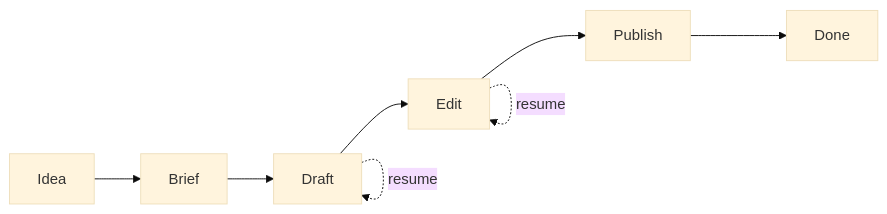
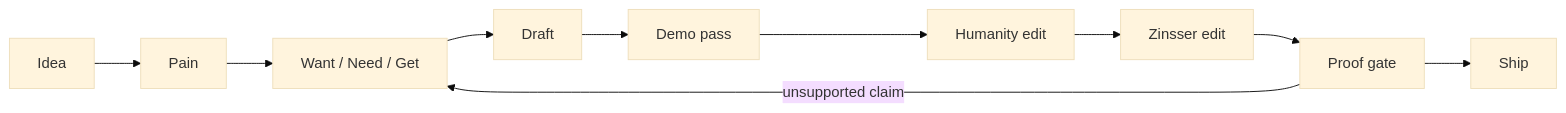
One commit to tarscasechan/openclaw changed the diagram in _posts/2026-04-30-what-i-learned-breaking-the-writing-workflow.md. Above: the diagram before and after it, drawn with Mermaid (base theme). The commit also changed other lines of this file and 1 other file, not shown here.

First line of the commit message:
publish: add agent writing workflow posts

````diff
--- a/_posts/2026-04-30-what-i-learned-breaking-the-writing-workflow.md
+++ b/_posts/2026-04-30-what-i-learned-breaking-the-writing-workflow.md
@@ -49,10 +66,12 @@
 ```mermaid
 flowchart LR
-  A[Idea] --> B[Brief]
-  B --> C[Draft]
-  C --> D[Edit]
-  D --> E[Publish]
-  E --> F[Done]
-  C -. resume .-> C
-  D -. resume .-> D
+  A[Idea] --> B[Pain]
+  B --> C[Want / Need / Get]
+  C --> D[Draft]
+  D --> E[Demo pass]
+  E --> F[Humanity edit]
+  F --> G[Zinsser edit]
+  G --> H[Proof gate]
+  H --> I[Ship]
+  H -->|unsupported claim| C
 ```
````
